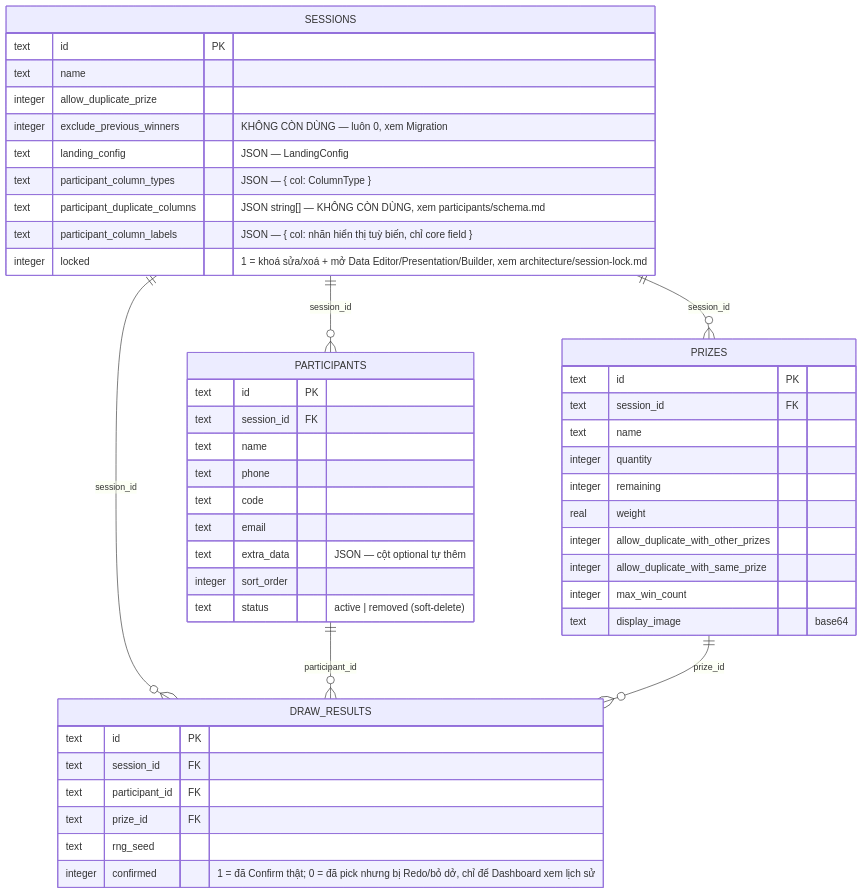
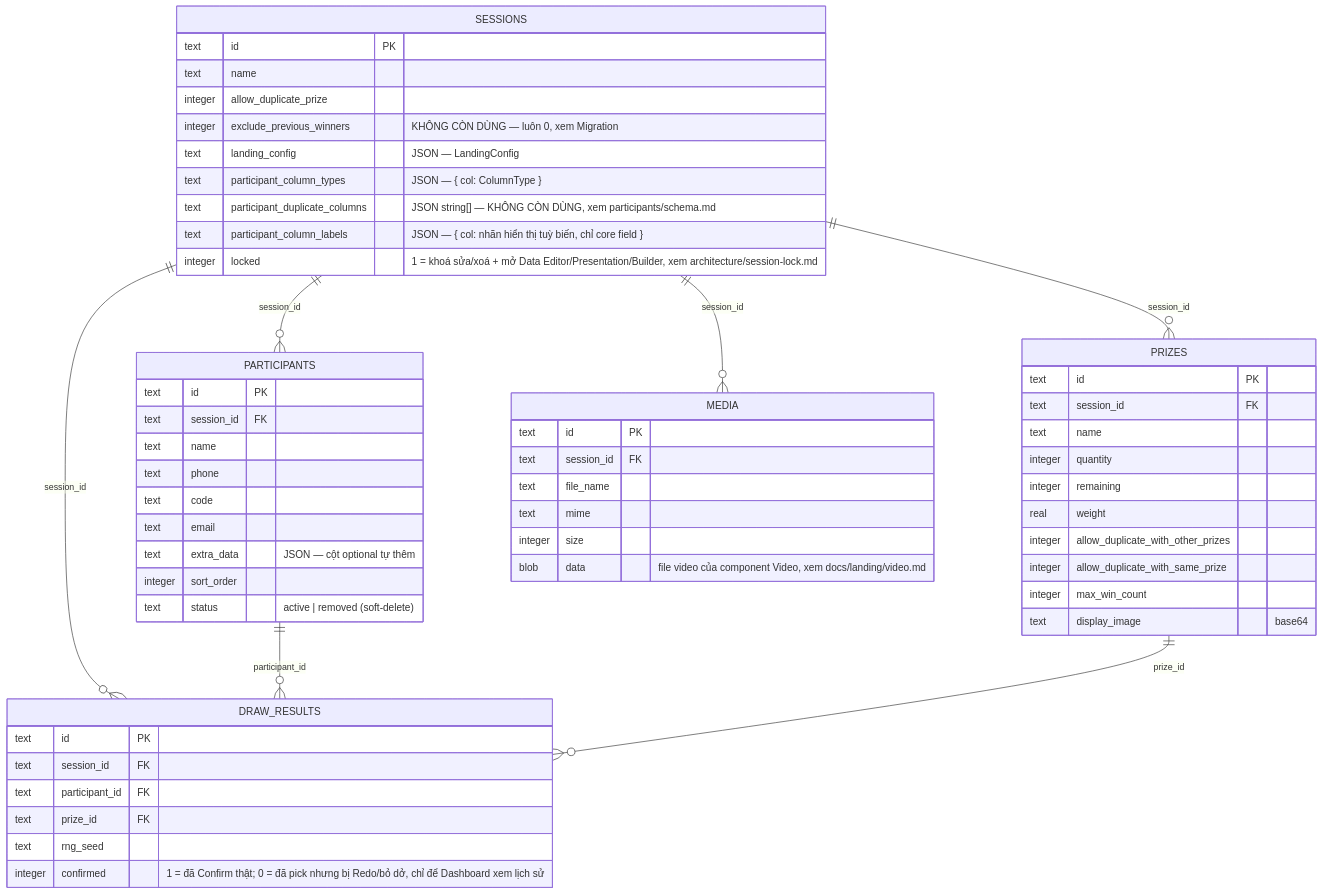
Before and after one commit to nhatquang-nguyen-129/display_lucky_draw: the diagram in docs/architecture/database-schema.md, drawn with Mermaid. The commit also changed other lines of this file and 20 other files, not shown here.

First line of the commit message:
Add Video landing component with Play/Pause/Stop draw sync

````diff
--- a/docs/architecture/database-schema.md
+++ b/docs/architecture/database-schema.md
@@ -81,51 +81,60 @@
 ```mermaid
 erDiagram
   SESSIONS ||--o{ PARTICIPANTS : session_id
   SESSIONS ||--o{ PRIZES : session_id
   SESSIONS ||--o{ DRAW_RESULTS : session_id
+  SESSIONS ||--o{ MEDIA : session_id
   PARTICIPANTS ||--o{ DRAW_RESULTS : participant_id
   PRIZES ||--o{ DRAW_RESULTS : prize_id
 
   SESSIONS {
     text id PK
     text name
     integer allow_duplicate_prize
     integer exclude_previous_winners "KHÔNG CÒN DÙNG — luôn 0, xem Migration"
     text landing_config "JSON — LandingConfig"
     text participant_column_types "JSON — { col: ColumnType }"
     text participant_duplicate_columns "JSON string[] — KHÔNG CÒN DÙNG, xem participants/schema.md"
     text participant_column_labels "JSON — { col: nhãn hiển thị tuỳ biến, chỉ core field }"
     integer locked "1 = khoá sửa/xoá + mở Data Editor/Presentation/Builder, xem architecture/session-lock.md"
   }
   PARTICIPANTS {
     text id PK
     text session_id FK
     text name
     text phone
     text code
     text email
     text extra_data "JSON — cột optional tự thêm"
     integer sort_order
     text status "active | removed (soft-delete)"
   }
   PRIZES {
     text id PK
     text session_id FK
     text name
     integer quantity
     integer remaining
     real weight
     integer allow_duplicate_with_other_prizes
     integer allow_duplicate_with_same_prize
     integer max_win_count
     text display_image "base64"
   }
   DRAW_RESULTS {
     text id PK
     text session_id FK
     text participant_id FK
     text prize_id FK
     text rng_seed
     integer confirmed "1 = đã Confirm thật; 0 = đã pick nhưng bị Redo/bỏ dở, chỉ để Dashboard xem lịch sử"
   }
+  MEDIA {
+    text id PK
+    text session_id FK
+    text file_name
+    text mime
+    integer size
+    blob data "file video của component Video, xem docs/landing/video.md"
+  }
 ```
````
